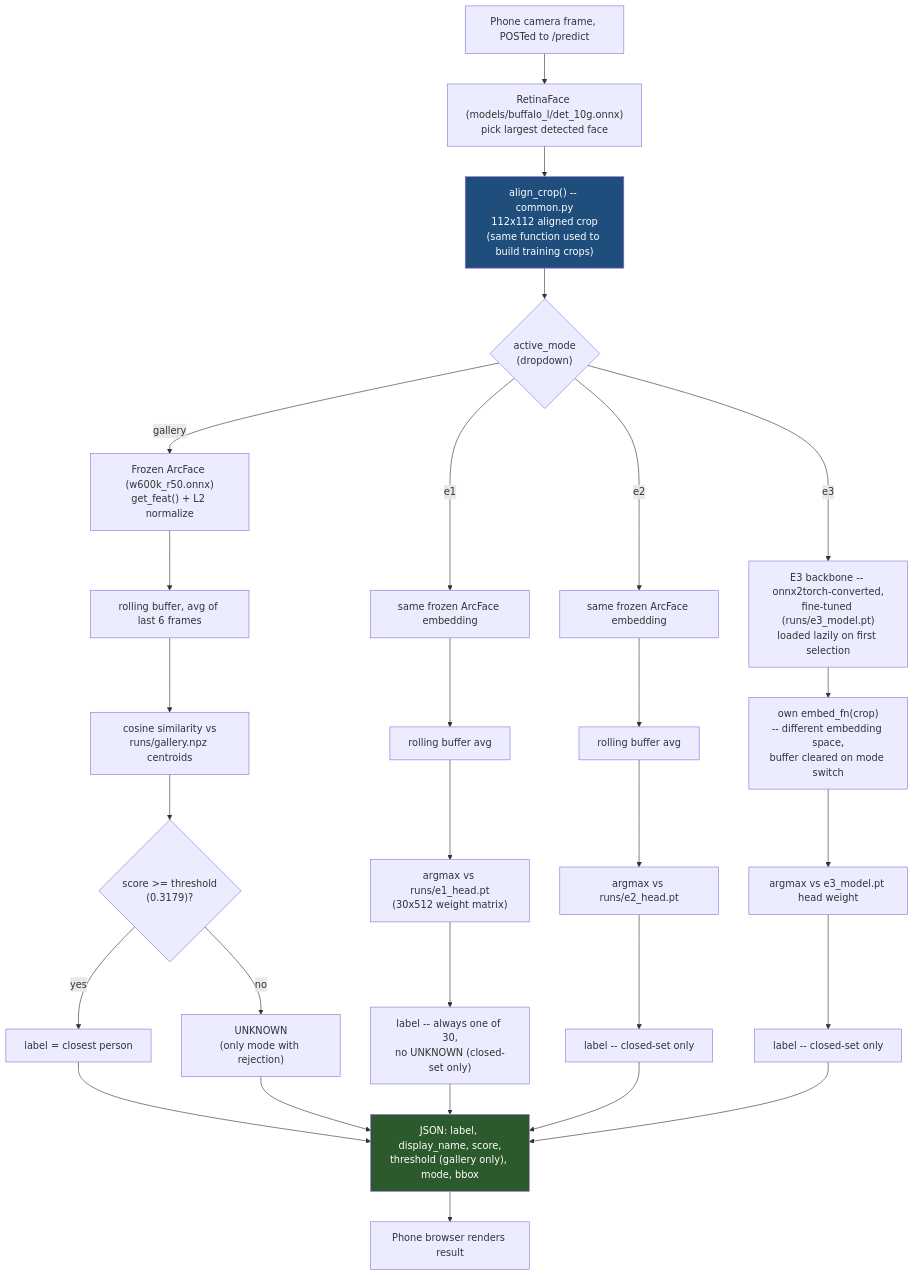
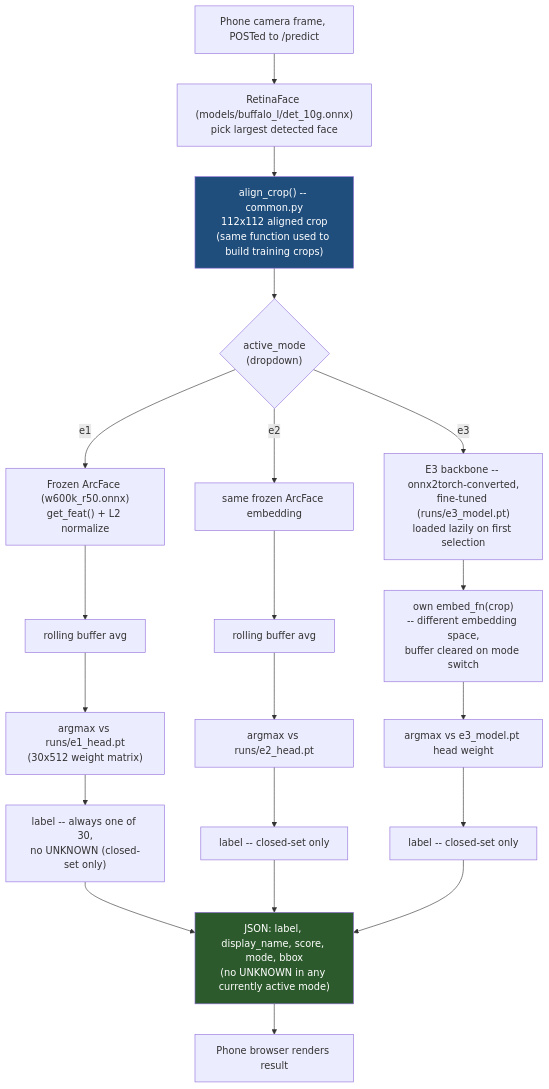
Before and after one commit to MishtiAloo/ML-train: the fourth of 4 diagrams in docs/arch.md, drawn with Mermaid. The commit also changed other lines of this file and 7 other files, not shown here.

````diff
--- a/docs/arch.md
+++ b/docs/arch.md
@@ -112,34 +109,27 @@
 ```mermaid
 flowchart TD
     A[Phone camera frame, POSTed to /predict] --> B["RetinaFace (models/buffalo_l/det_10g.onnx)<br/>pick largest detected face"]
     B --> C["align_crop() -- common.py<br/>112x112 aligned crop<br/>(same function used to build training crops)"]
     C --> D{"active_mode<br/>(dropdown)"}
 
-    D -->|gallery| GalEmb["Frozen ArcFace (w600k_r50.onnx)<br/>get_feat() + L2 normalize"]
-    GalEmb --> GalBuf["rolling buffer, avg of last 6 frames"]
-    GalBuf --> GalSim["cosine similarity vs<br/>runs/gallery.npz centroids"]
-    GalSim --> GalThr{"score >= threshold<br/>(0.3179)?"}
-    GalThr -->|yes| GalOut["label = closest person"]
-    GalThr -->|no| GalUnk["UNKNOWN<br/>(only mode with rejection)"]
-
-    D -->|e1| M1Emb["same frozen ArcFace embedding"]
+    D -->|e1| M1Emb["Frozen ArcFace (w600k_r50.onnx)<br/>get_feat() + L2 normalize"]
     M1Emb --> M1Buf["rolling buffer avg"]
     M1Buf --> M1Cls["argmax vs runs/e1_head.pt<br/>(30x512 weight matrix)"]
     M1Cls --> M1Out["label -- always one of 30,<br/>no UNKNOWN (closed-set only)"]
 
     D -->|e2| M2Emb["same frozen ArcFace embedding"]
     M2Emb --> M2Buf["rolling buffer avg"]
     M2Buf --> M2Cls["argmax vs runs/e2_head.pt"]
     M2Cls --> M2Out["label -- closed-set only"]
 
     D -->|e3| M3Bb["E3 backbone -- onnx2torch-converted,<br/>fine-tuned (runs/e3_model.pt)<br/>loaded lazily on first selection"]
     M3Bb --> M3Emb["own embed_fn(crop)<br/>-- different embedding space,<br/>buffer cleared on mode switch"]
     M3Emb --> M3Cls["argmax vs e3_model.pt head weight"]
     M3Cls --> M3Out["label -- closed-set only"]
 
-    GalOut & GalUnk & M1Out & M2Out & M3Out --> J["JSON: label, display_name, score,<br/>threshold (gallery only), mode, bbox"]
+    M1Out & M2Out & M3Out --> J["JSON: label, display_name, score, mode, bbox<br/>(no UNKNOWN in any currently active mode)"]
     J --> K[Phone browser renders result]
 
     style C fill:#1f4e7d,color:#fff
     style J fill:#2d5a2d,color:#fff
 ```
````
